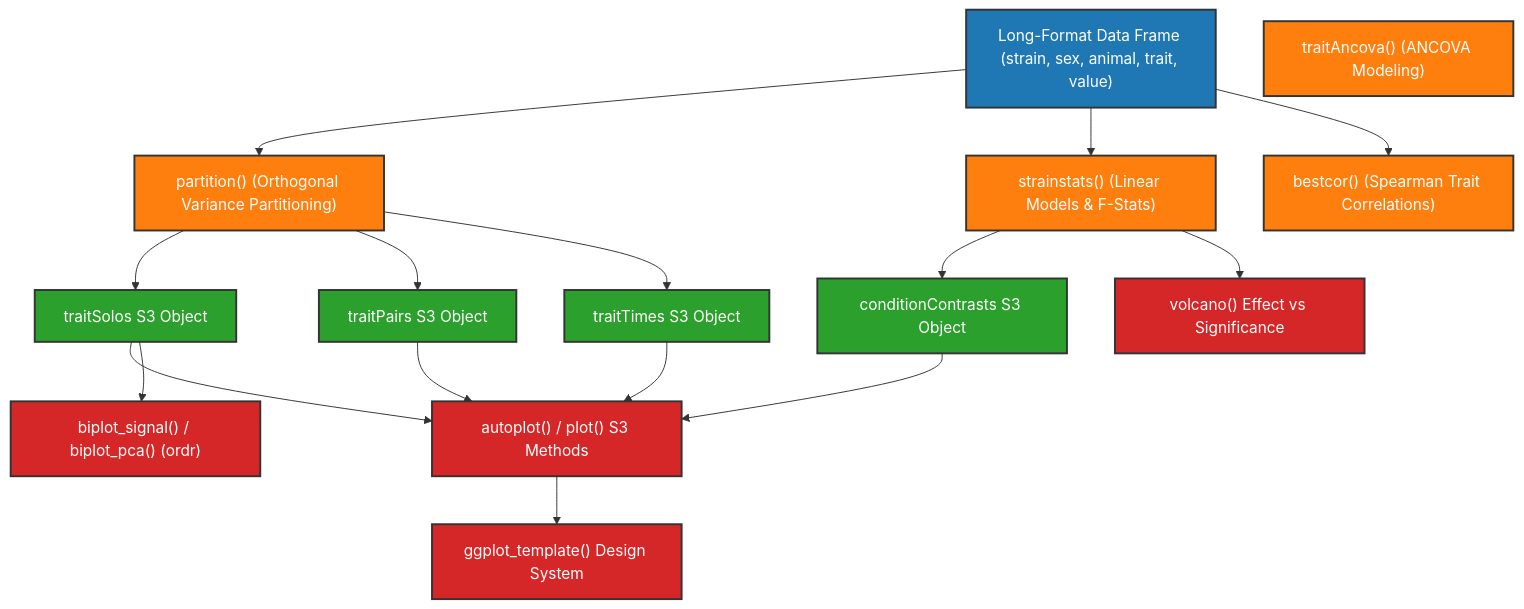
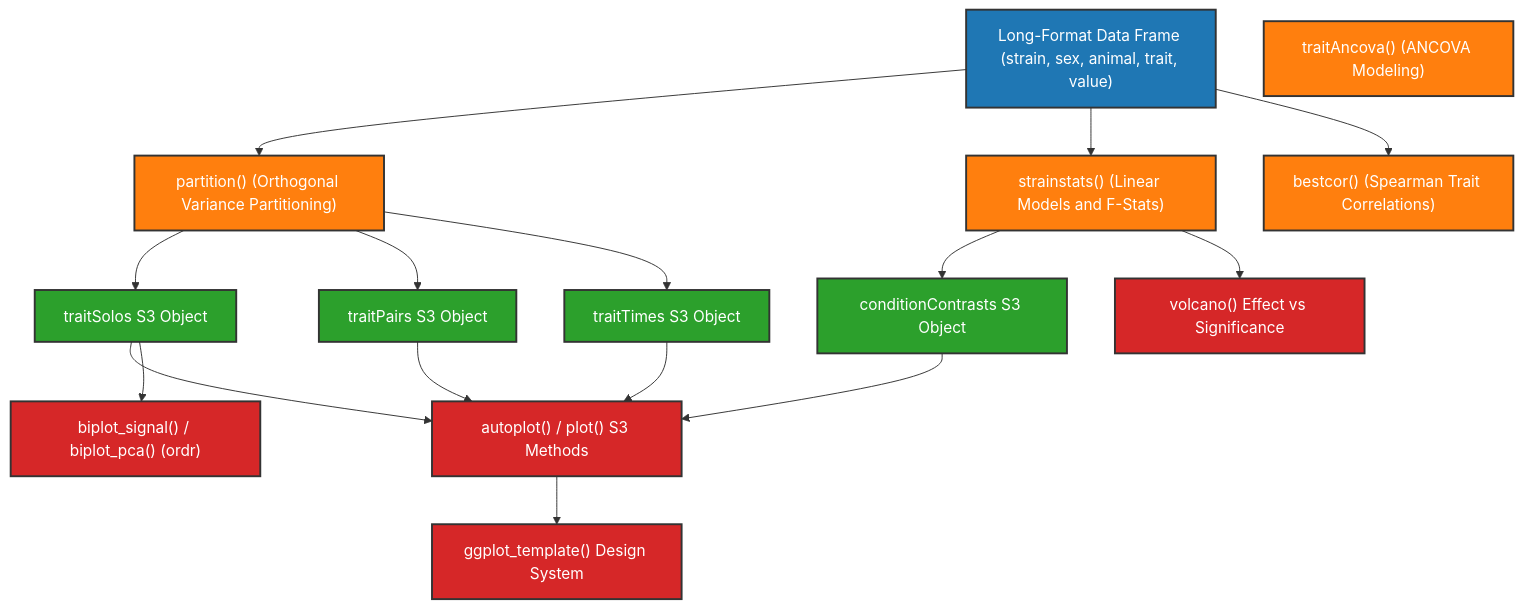
One commit to byandell-sysgen/foundr changed the diagram in vignettes/devel_guide/index.Rmd. Above: the diagram before and after it, drawn with Mermaid. The commit also changed other lines of this file and 1 other file, not shown here.

````diff
--- a/vignettes/devel_guide/index.Rmd
+++ b/vignettes/devel_guide/index.Rmd
@@ -39,47 +40,47 @@
 ```mermaid
 flowchart TD
     rawDF["Long-Format Data Frame (strain, sex, animal, trait, value)"]
     
     partition["partition() (Orthogonal Variance Partitioning)"]
-    strainstats["strainstats() (Linear Models & F-Stats)"]
+    strainstats["strainstats() (Linear Models and F-Stats)"]
     bestcor["bestcor() (Spearman Trait Correlations)"]
     traitAncova["traitAncova() (ANCOVA Modeling)"]
 
     traitSolos["traitSolos S3 Object"]
     traitPairs["traitPairs S3 Object"]
     traitTimes["traitTimes S3 Object"]
     conditionContrasts["conditionContrasts S3 Object"]
 
     autoplot["autoplot() / plot() S3 Methods"]
     ggplotTemplate["ggplot_template() Design System"]
     biplot["biplot_signal() / biplot_pca() (ordr)"]
     volcano["volcano() Effect vs Significance"]
 
     rawDF --> partition
     rawDF --> strainstats
     rawDF --> bestcor
 
     partition --> traitSolos
     partition --> traitPairs
     partition --> traitTimes
     strainstats --> conditionContrasts
 
     traitSolos --> autoplot
     traitPairs --> autoplot
     traitTimes --> autoplot
     conditionContrasts --> autoplot
 
     autoplot --> ggplotTemplate
     traitSolos --> biplot
     strainstats --> volcano
 
     classDef input fill:#1f77b4,stroke:#333,stroke-width:2px,color:#fff
     classDef model fill:#ff7f0e,stroke:#333,stroke-width:2px,color:#fff
     classDef s3 fill:#2ca02c,stroke:#333,stroke-width:2px,color:#fff
     classDef plot fill:#d62728,stroke:#333,stroke-width:2px,color:#fff
 
     class rawDF input
     class partition,strainstats,bestcor,traitAncova model
     class traitSolos,traitPairs,traitTimes,conditionContrasts s3
     class autoplot,ggplotTemplate,biplot,volcano plot
 ```
````
